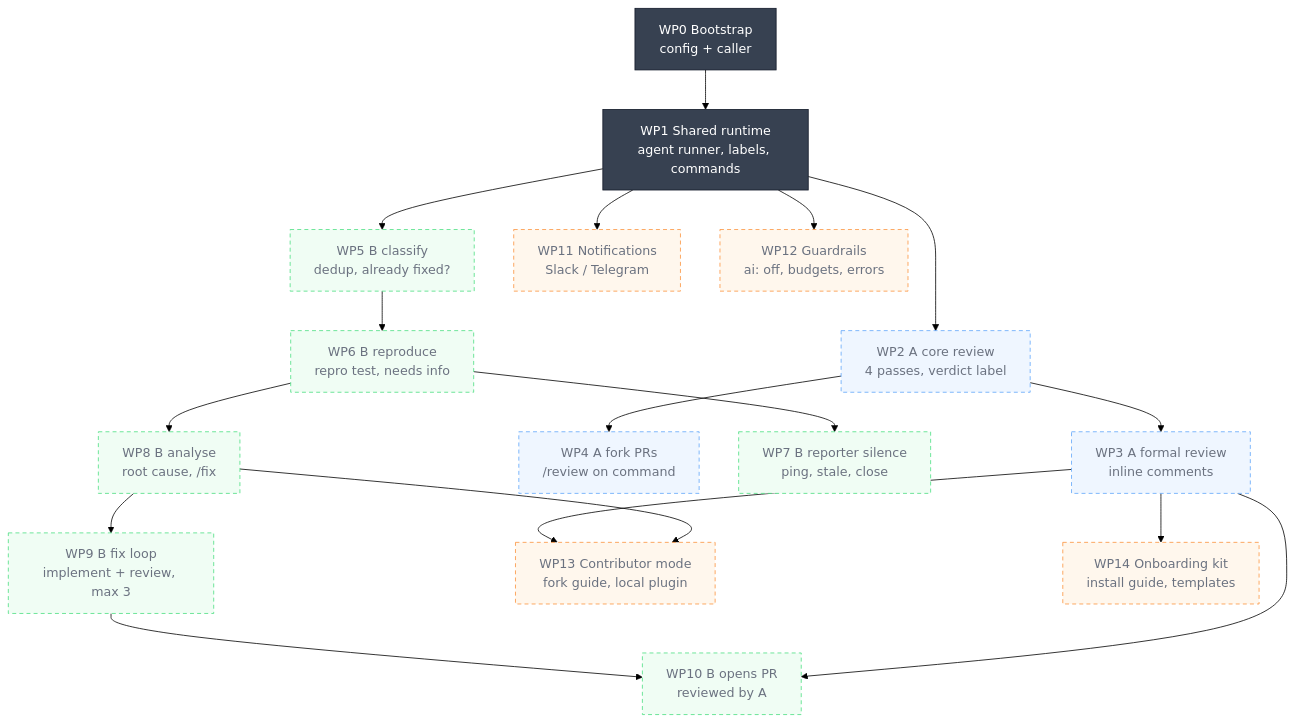
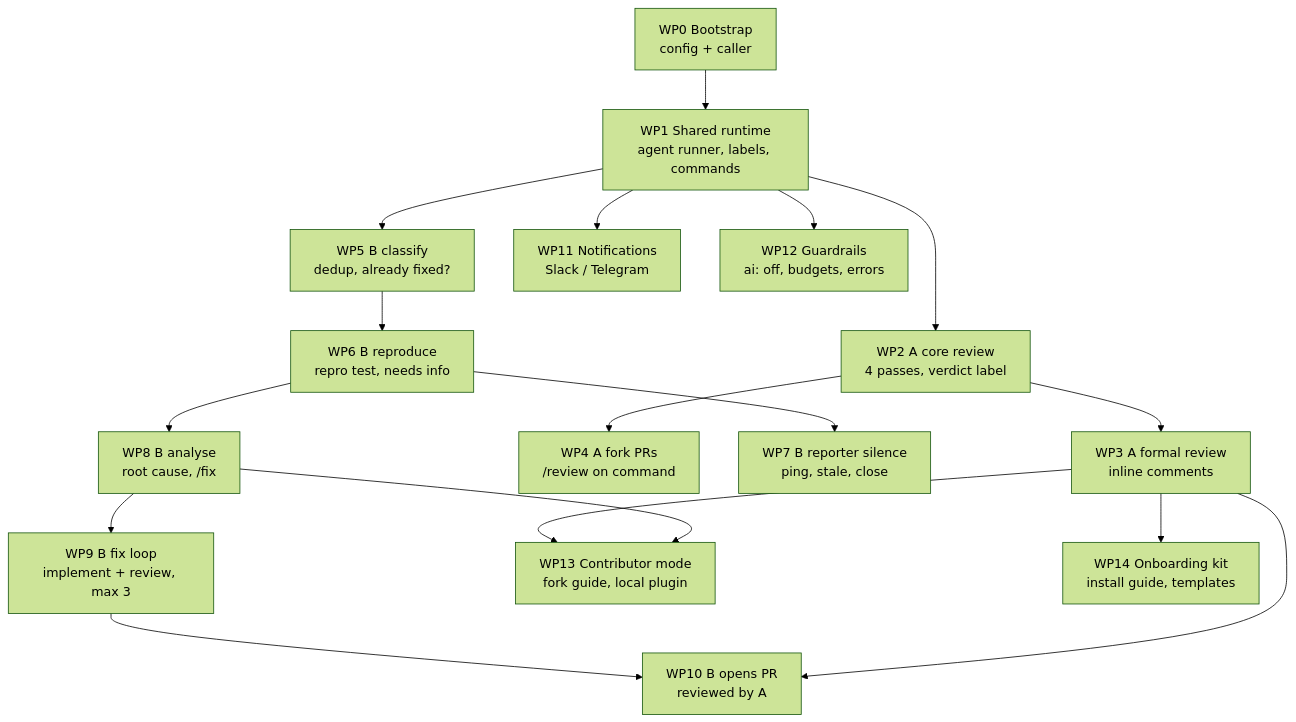
The diagram in docs/diagrams/overview.mmd (esciara/ai-workflows), drawn with Mermaid (forest theme) before and after one commit. The commit also changed 7 other files, not shown here.

First line of the commit message:
feat(docs): overview status and plan links derived from the board (ADR-0046)

```diff
--- a/docs/diagrams/overview.mmd
+++ b/docs/diagrams/overview.mmd
@@ -1,45 +1,40 @@
 flowchart TD
-  WP0["WP0 Bootstrap<br/>config + caller"]:::done --> WP1["WP1 Shared runtime<br/>agent runner, labels, commands"]:::done
+  %% Status is not typed here: render-diagrams sets each WP's class from its bead in docs/board.jsonl (ADR-0046).
+  %% Lanes: <lane> not started, <lane>Wip in progress, <lane>Done done.
+  %% lane base: WP0 WP1
+  %% lane a: WP2 WP3 WP4
+  %% lane b: WP5 WP6 WP7 WP8 WP9 WP10
+  %% lane x: WP11 WP12 WP13 WP14
 
-  WP1 --> WP2["WP2 A core review<br/>4 passes, verdict label"]:::a
-  WP2 --> WP3["WP3 A formal review<br/>inline comments"]:::a
-  WP2 --> WP4["WP4 A fork PRs<br/>/review on command"]:::a
+  WP0["WP0 Bootstrap<br/>config + caller"] --> WP1["WP1 Shared runtime<br/>agent runner, labels, commands"]
 
-  WP1 --> WP5["WP5 B classify<br/>dedup, already fixed?"]:::b
-  WP5 --> WP6["WP6 B reproduce<br/>repro test, needs info"]:::b
-  WP6 --> WP7["WP7 B reporter silence<br/>ping, stale, close"]:::b
-  WP6 --> WP8["WP8 B analyse<br/>root cause, /fix"]:::b
-  WP8 --> WP9["WP9 B fix loop<br/>implement + review, max 3"]:::b
-  WP9 --> WP10["WP10 B opens PR<br/>reviewed by A"]:::b
+  WP1 --> WP2["WP2 A core review<br/>4 passes, verdict label"]
+  WP2 --> WP3["WP3 A formal review<br/>inline comments"]
+  WP2 --> WP4["WP4 A fork PRs<br/>/review on command"]
+
+  WP1 --> WP5["WP5 B classify<br/>dedup, already fixed?"]
+  WP5 --> WP6["WP6 B reproduce<br/>repro test, needs info"]
+  WP6 --> WP7["WP7 B reporter silence<br/>ping, stale, close"]
+  WP6 --> WP8["WP8 B analyse<br/>root cause, /fix"]
+  WP8 --> WP9["WP9 B fix loop<br/>implement + review, max 3"]
+  WP9 --> WP10["WP10 B opens PR<br/>reviewed by A"]
   WP3 --> WP10
 
-  WP1 --> WP11["WP11 Notifications<br/>Slack / Telegram"]:::x
-  WP1 --> WP12["WP12 Guardrails<br/>ai: off, budgets, errors"]:::x
-  WP3 --> WP13["WP13 Contributor mode<br/>fork guide, local plugin"]:::x
+  WP1 --> WP11["WP11 Notifications<br/>Slack / Telegram"]
+  WP1 --> WP12["WP12 Guardrails<br/>ai: off, budgets, errors"]
+  WP3 --> WP13["WP13 Contributor mode<br/>fork guide, local plugin"]
   WP8 --> WP13
-  WP3 --> WP14["WP14 Onboarding kit<br/>install guide, templates"]:::x
+  WP3 --> WP14["WP14 Onboarding kit<br/>install guide, templates"]
 
-  click WP0 "https://github.com/esciara/ai-workflows/blob/main/docs/plan.md?plain=1#L32" "Open WP0 in docs/plan.md" _blank
-  click WP1 "https://github.com/esciara/ai-workflows/blob/main/docs/plan.md?plain=1#L33" "Open WP1 in docs/plan.md" _blank
-  click WP2 "https://github.com/esciara/ai-workflows/blob/main/docs/plan.md?plain=1#L34" "Open WP2 in docs/plan.md" _blank
-  click WP3 "https://github.com/esciara/ai-workflows/blob/main/docs/plan.md?plain=1#L35" "Open WP3 in docs/plan.md" _blank
-  click WP4 "https://github.com/esciara/ai-workflows/blob/main/docs/plan.md?plain=1#L36" "Open WP4 in docs/plan.md" _blank
-  click WP5 "https://github.com/esciara/ai-workflows/blob/main/docs/plan.md?plain=1#L37" "Open WP5 in docs/plan.md" _blank
-  click WP6 "https://github.com/esciara/ai-workflows/blob/main/docs/plan.md?plain=1#L38" "Open WP6 in docs/plan.md" _blank
-  click WP7 "https://github.com/esciara/ai-workflows/blob/main/docs/plan.md?plain=1#L39" "Open WP7 in docs/plan.md" _blank
-  click WP8 "https://github.com/esciara/ai-workflows/blob/main/docs/plan.md?plain=1#L40" "Open WP8 in docs/plan.md" _blank
-  click WP9 "https://github.com/esciara/ai-workflows/blob/main/docs/plan.md?plain=1#L41" "Open WP9 in docs/plan.md" _blank
-  click WP10 "https://github.com/esciara/ai-workflows/blob/main/docs/plan.md?plain=1#L42" "Open WP10 in docs/plan.md" _blank
-  click WP11 "https://github.com/esciara/ai-workflows/blob/main/docs/plan.md?plain=1#L43" "Open WP11 in docs/plan.md" _blank
-  click WP12 "https://github.com/esciara/ai-workflows/blob/main/docs/plan.md?plain=1#L44" "Open WP12 in docs/plan.md" _blank
-  click WP13 "https://github.com/esciara/ai-workflows/blob/main/docs/plan.md?plain=1#L45" "Open WP13 in docs/plan.md" _blank
-  click WP14 "https://github.com/esciara/ai-workflows/blob/main/docs/plan.md?plain=1#L46" "Open WP14 in docs/plan.md" _blank
-
-  classDef done fill:#374151,stroke:#111827,color:#ffffff
   classDef base fill:#f3f4f6,stroke:#9ca3af,stroke-dasharray:5 4,color:#6b7280
   classDef a fill:#eff6ff,stroke:#60a5fa,stroke-dasharray:5 4,color:#6b7280
   classDef b fill:#f0fdf4,stroke:#4ade80,stroke-dasharray:5 4,color:#6b7280
   classDef x fill:#fff7ed,stroke:#fb923c,stroke-dasharray:5 4,color:#6b7280
+  classDef baseWip fill:#f3f4f6,stroke:#4b5563,stroke-width:3px,color:#111827
+  classDef aWip fill:#eff6ff,stroke:#1d4ed8,stroke-width:3px,color:#111827
+  classDef bWip fill:#f0fdf4,stroke:#15803d,stroke-width:3px,color:#111827
+  classDef xWip fill:#fff7ed,stroke:#c2410c,stroke-width:3px,color:#111827
+  classDef baseDone fill:#374151,stroke:#111827,color:#ffffff
   classDef aDone fill:#1d4ed8,stroke:#1e3a8a,color:#ffffff
   classDef bDone fill:#15803d,stroke:#14532d,color:#ffffff
   classDef xDone fill:#c2410c,stroke:#7c2d12,color:#ffffff
```
